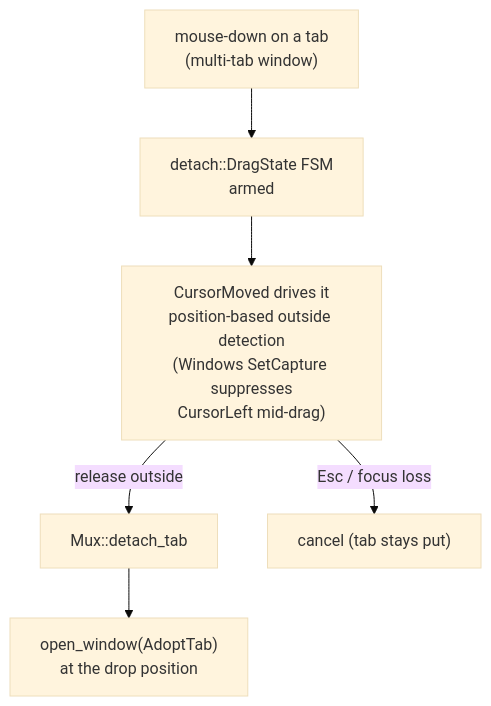
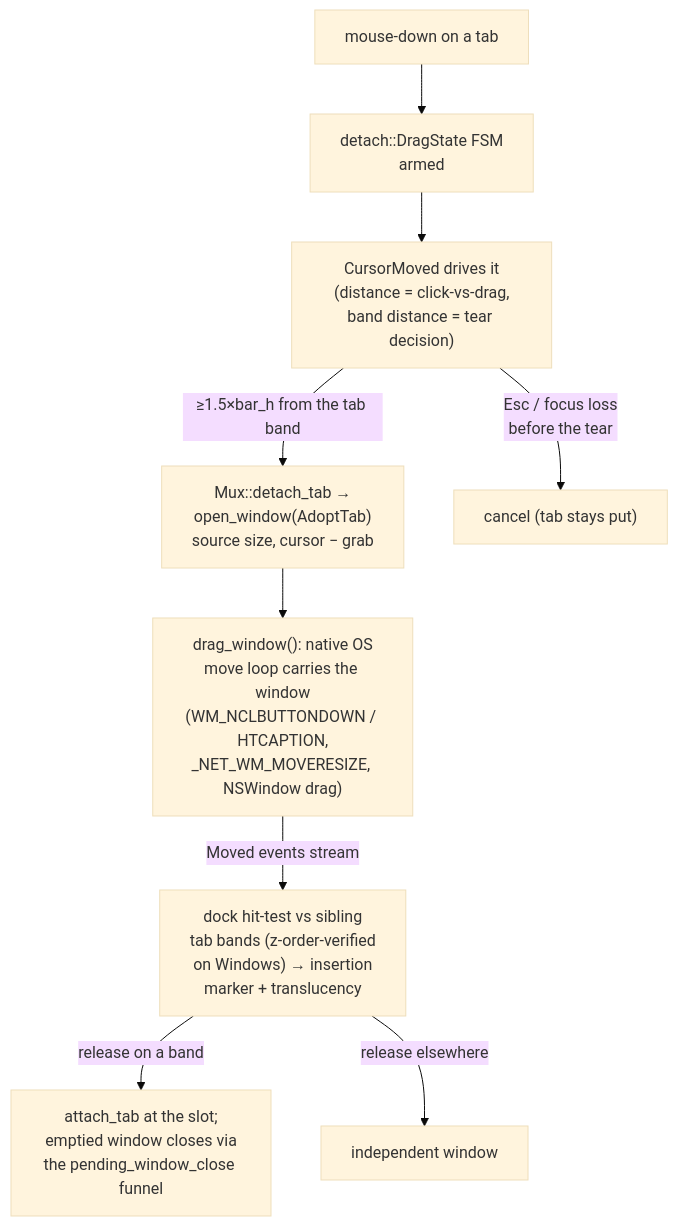
The ninth of 10 diagrams in docs/ARCHITECTURE.md (Reddimus/kettle), drawn with Mermaid (base theme) before and after one commit. The commit also changed other lines of this file and 10 other files, not shown here.

````diff
--- a/docs/ARCHITECTURE.md
+++ b/docs/ARCHITECTURE.md
@@ -408,8 +411,11 @@
 ```mermaid
 flowchart TD
-    A["mouse-down on a tab<br/>(multi-tab window)"] --> B["detach::DragState FSM<br/>armed"]
-    B --> C["CursorMoved drives it<br/>position-based outside detection<br/>(Windows SetCapture suppresses<br/>CursorLeft mid-drag)"]
-    C -->|"release outside"| D["Mux::detach_tab"]
-    D --> E["open_window(AdoptTab)<br/>at the drop position"]
-    C -->|"Esc / focus loss"| F["cancel (tab stays put)"]
+    A["mouse-down on a tab"] --> B["detach::DragState FSM<br/>armed"]
+    B --> C["CursorMoved drives it<br/>(distance = click-vs-drag,<br/>band distance = tear decision)"]
+    C -->|"≥1.5×bar_h from the tab band"| D["Mux::detach_tab →<br/>open_window(AdoptTab)<br/>source size, cursor − grab"]
+    D --> E["drag_window(): native OS<br/>move loop carries the window<br/>(WM_NCLBUTTONDOWN / HTCAPTION,<br/>_NET_WM_MOVERESIZE, NSWindow drag)"]
+    E -->|"Moved events stream"| G["dock hit-test vs sibling<br/>tab bands (z-order-verified<br/>on Windows) → insertion<br/>marker + translucency"]
+    G -->|"release on a band"| H["attach_tab at the slot;<br/>emptied window closes via<br/>the pending_window_close funnel"]
+    G -->|"release elsewhere"| I["independent window"]
+    C -->|"Esc / focus loss<br/>before the tear"| F["cancel (tab stays put)"]
 ```
````
